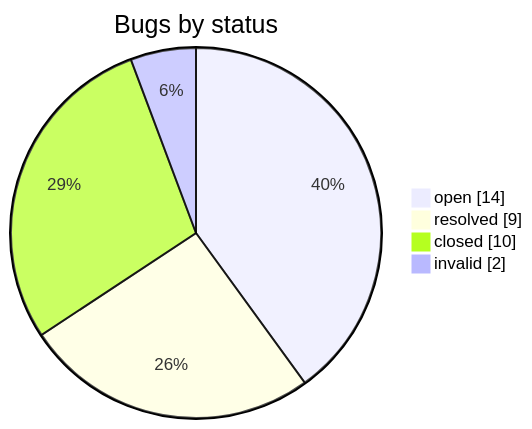
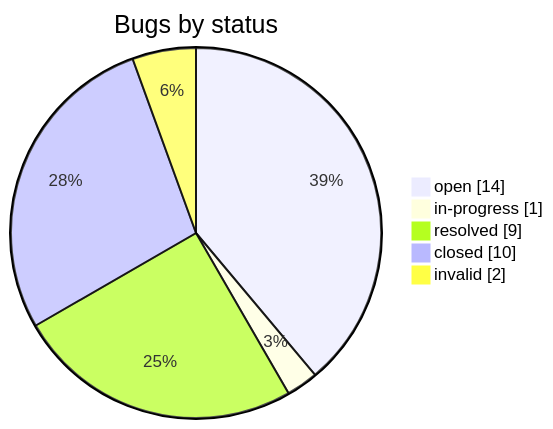
One commit to iammaxsu/automatic-testing-architecture changed the second of 2 diagrams in STATUS.md. Above: the diagram before and after it, drawn with Mermaid. The commit also changed other lines of this file and 5 other files, not shown here.

````diff
--- a/STATUS.md
+++ b/STATUS.md
@@ -164,7 +165,8 @@
 ```mermaid
 pie showData title Bugs by status
     "open" : 14
+    "in-progress" : 1
     "resolved" : 9
     "closed" : 10
     "invalid" : 2
 ```
````
